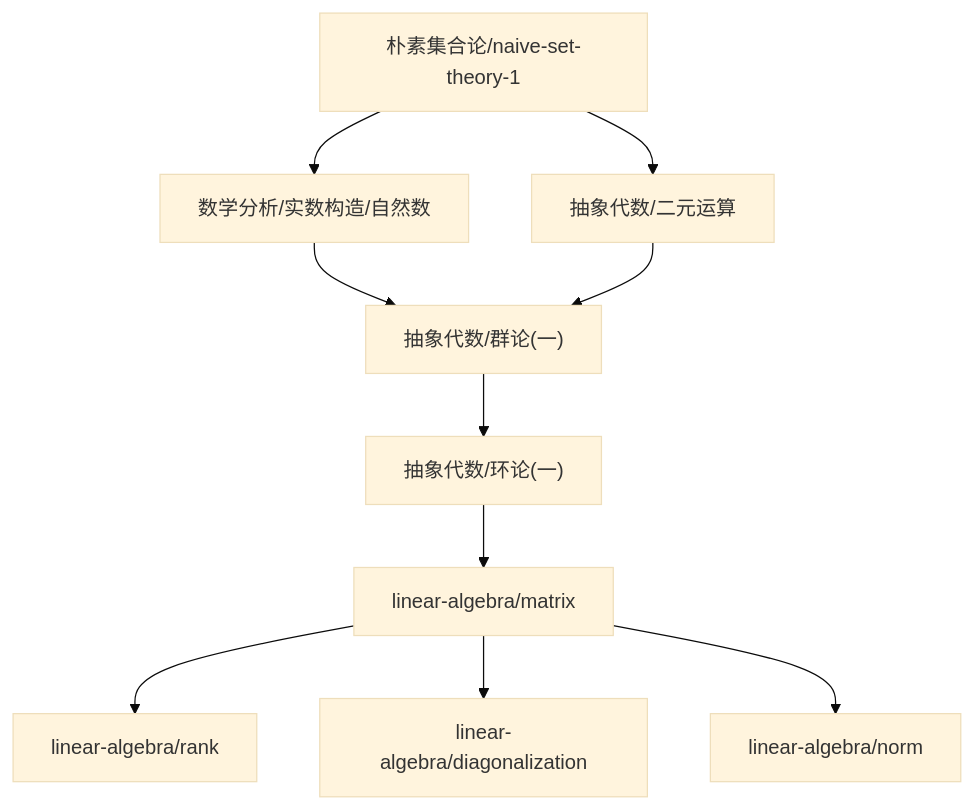
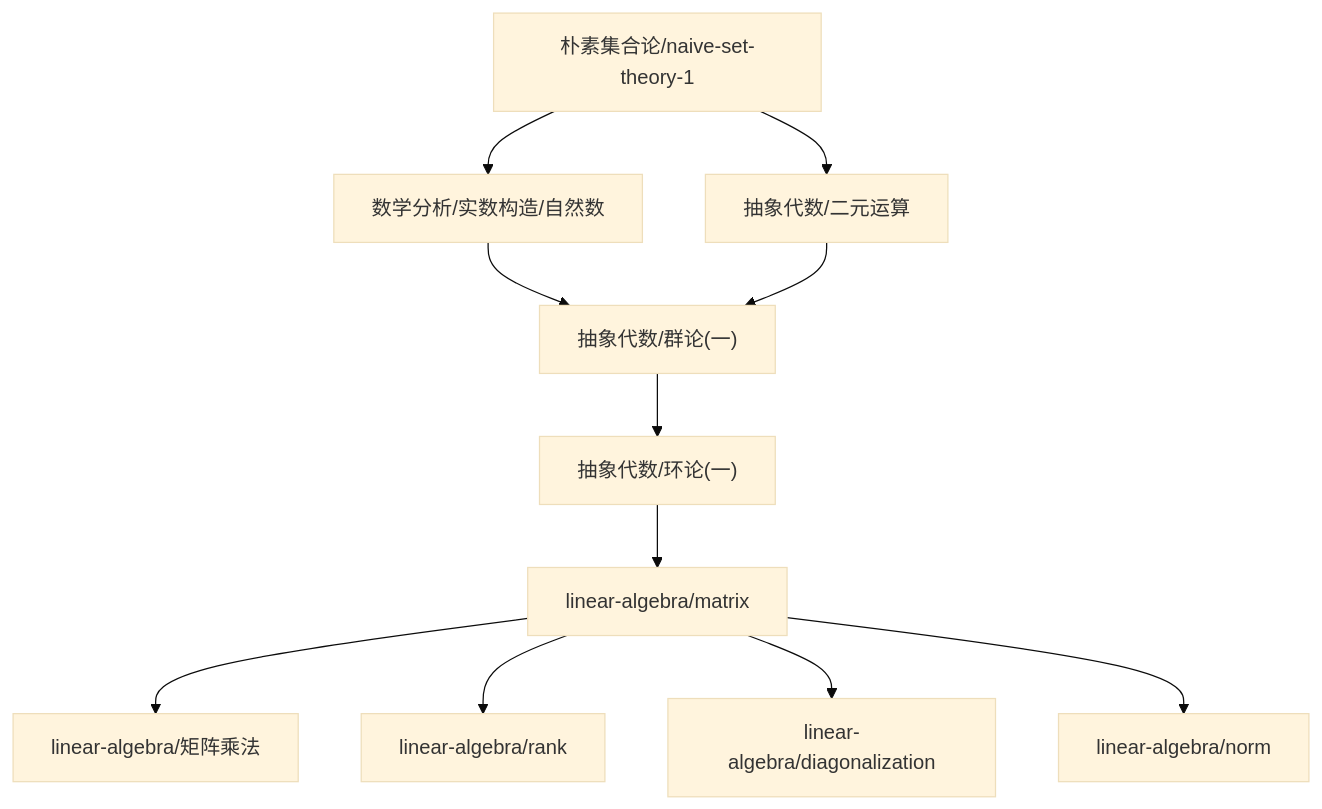
Before and after one commit to zeroDtree/zeroDtree.github.io: the diagram in content/linear-algebra/dependency_graph.md, drawn with Mermaid (base theme). The commit also changed 3 other files, not shown here.

````diff
--- a/content/linear-algebra/dependency_graph.md
+++ b/content/linear-algebra/dependency_graph.md
@@ -1,12 +1,13 @@
 ```mermaid
 graph TD
-1["linear-algebra/matrix"] --> 0["linear-algebra/rank"]
-3["抽象代数/环论(一)"] --> 1["linear-algebra/matrix"]
-1["linear-algebra/matrix"] --> 4["linear-algebra/diagonalization"]
-1["linear-algebra/matrix"] --> 5["linear-algebra/norm"]
-6["抽象代数/群论(一)"] --> 3["抽象代数/环论(一)"]
-7["数学分析/实数构造/自然数"] --> 6["抽象代数/群论(一)"]
-8["抽象代数/二元运算"] --> 6["抽象代数/群论(一)"]
-9["朴素集合论/naive-set-theory-1"] --> 7["数学分析/实数构造/自然数"]
-9["朴素集合论/naive-set-theory-1"] --> 8["抽象代数/二元运算"]
+1["linear-algebra/matrix"] --> 0["linear-algebra/矩阵乘法"]
+1["linear-algebra/matrix"] --> 2["linear-algebra/rank"]
+4["抽象代数/环论(一)"] --> 1["linear-algebra/matrix"]
+1["linear-algebra/matrix"] --> 5["linear-algebra/diagonalization"]
+1["linear-algebra/matrix"] --> 6["linear-algebra/norm"]
+7["抽象代数/群论(一)"] --> 4["抽象代数/环论(一)"]
+8["数学分析/实数构造/自然数"] --> 7["抽象代数/群论(一)"]
+9["抽象代数/二元运算"] --> 7["抽象代数/群论(一)"]
+10["朴素集合论/naive-set-theory-1"] --> 8["数学分析/实数构造/自然数"]
+10["朴素集合论/naive-set-theory-1"] --> 9["抽象代数/二元运算"]
 ```
````
